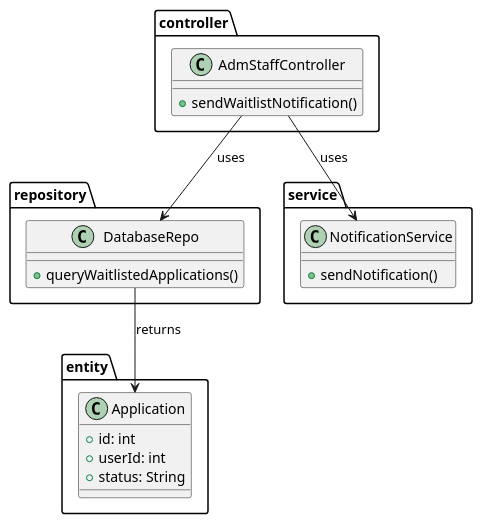
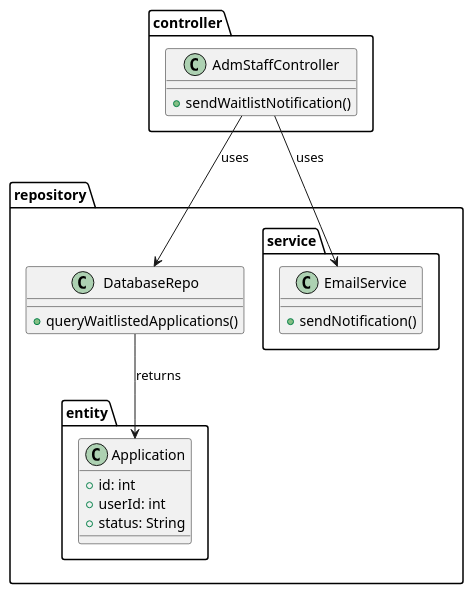
One commit to iamSlightlyWind/Legacy changed the diagram in SWD392/class_diagrams/33_waitlist_notification.puml. Above: the diagram before and after it, drawn with PlantUML. The commit also changed 34 other files, not shown here.

Commit message:
SWD392: Class Diagrams: Fixed Code Package missmatch

```diff
--- a/SWD392/class_diagrams/33_waitlist_notification.puml
+++ b/SWD392/class_diagrams/33_waitlist_notification.puml
@@ -1,31 +1,30 @@
 @startuml
 package controller {
     class AdmStaffController {
         +sendWaitlistNotification()
     }
 }
 
 package repository {
     class DatabaseRepo {
         +queryWaitlistedApplications()
     }
-}
 
 package service {
-    class NotificationService {
+    class EmailService {
         +sendNotification()
     }
 }
 
 package entity {
     class Application {
         +id: int
         +userId: int
         +status: String
     }
 }
 
 AdmStaffController --> DatabaseRepo : uses
-AdmStaffController --> NotificationService : uses
+AdmStaffController --> EmailService : uses
 DatabaseRepo --> Application : returns
 @enduml
```
